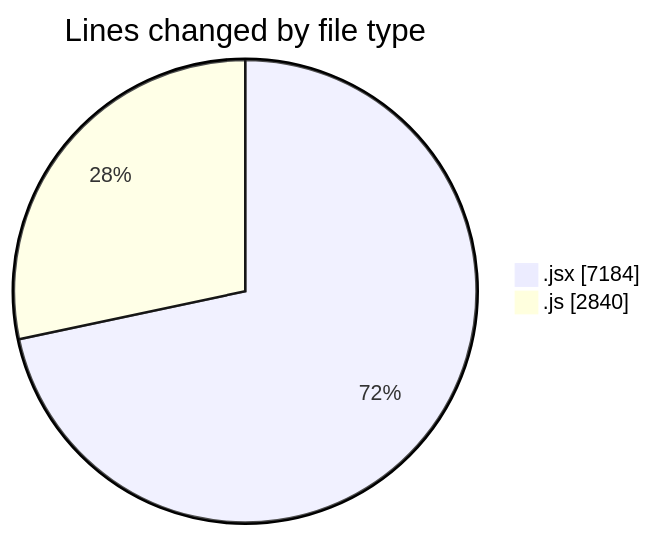
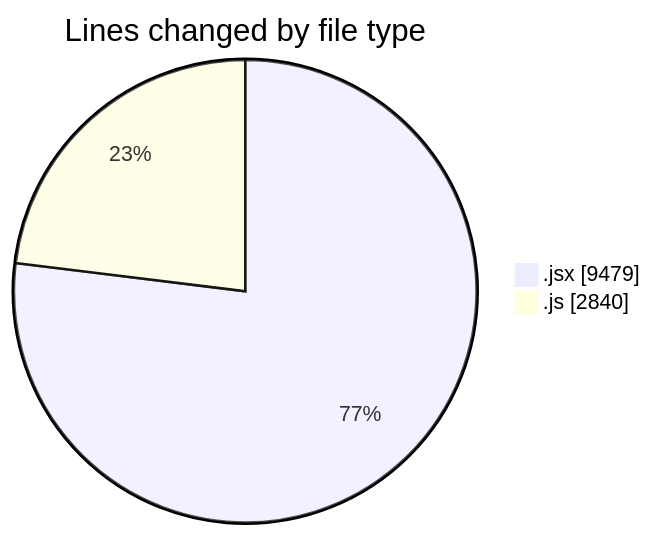
One commit to nxtqubesakshisongat/code-tracking changed the first of 2 diagrams in 2025-09-23/nxtqube_webapp/README.md. Above: the diagram before and after it, drawn with Mermaid. The commit also changed other lines of this file and 1 other file, not shown here.

````diff
--- a/2025-09-23/nxtqube_webapp/README.md
+++ b/2025-09-23/nxtqube_webapp/README.md
@@ -24,6 +24,6 @@
 ```mermaid
 pie showData
 title Lines changed by file type
-".jsx" : 7184
+".jsx" : 9479
 ".js" : 2840
 ```
````
